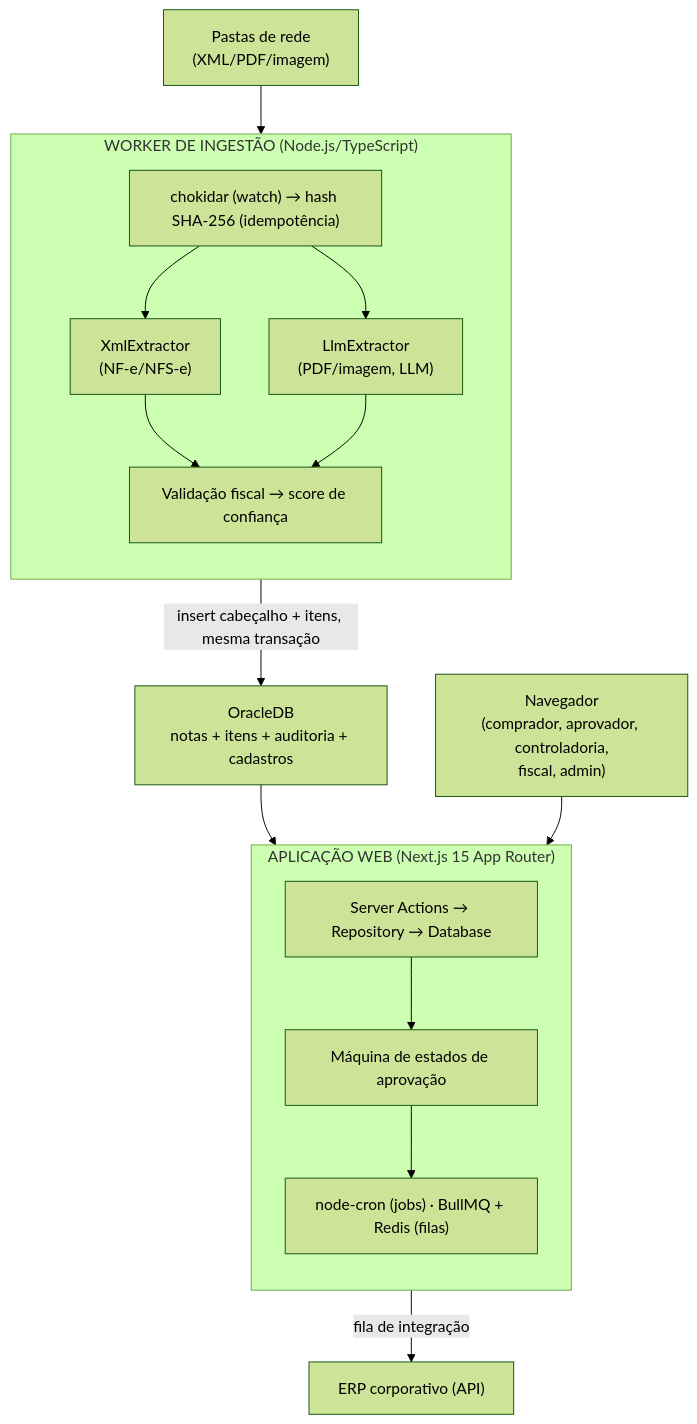
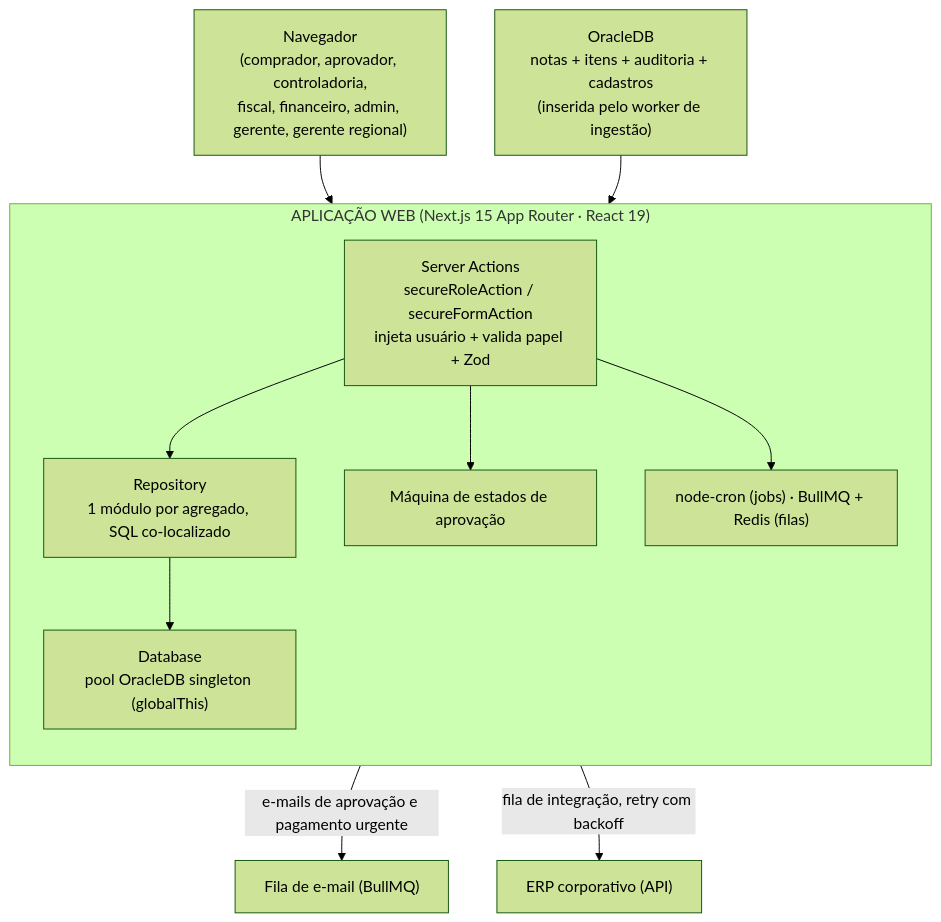
Before and after one commit to cristiangiehl1/my-website: the diagram in public/posts/gestao-de-despesas.md, drawn with Mermaid (forest theme). The commit also changed other lines of this file and 24 other files, not shown here.

First line of the commit message:
feat(web): split gestão de despesas post, deepen all project posts with real architecture detail

````diff
--- a/public/posts/gestao-de-despesas.md
+++ b/public/posts/gestao-de-despesas.md
@@ -27,24 +22,18 @@
 ```mermaid
 flowchart TD
-    N["Pastas de rede<br/>(XML/PDF/imagem)"] --> W1
-    subgraph W["WORKER DE INGESTÃO (Node.js/TypeScript)"]
+    U["Navegador<br/>(comprador, aprovador, controladoria,<br/>fiscal, financeiro, admin, gerente, gerente regional)"] --> A1
+    subgraph APP["APLICAÇÃO WEB (Next.js 15 App Router · React 19)"]
         direction TB
-        W1["chokidar (watch) → hash SHA-256 (idempotência)"]
-        X["XmlExtractor<br/>(NF-e/NFS-e)"]
-        L["LlmExtractor<br/>(PDF/imagem, LLM)"]
-        W2["Validação fiscal → score de confiança"]
-        W1 --> X --> W2
-        W1 --> L --> W2
+        A1["Server Actions<br/>secureRoleAction / secureFormAction<br/>injeta usuário + valida papel + Zod"]
+        A2["Repository<br/>1 módulo por agregado, SQL co-localizado"]
+        A3["Database<br/>pool OracleDB singleton (globalThis)"]
+        A4["Máquina de estados de aprovação"]
+        A5["node-cron (jobs) · BullMQ + Redis (filas)"]
+        A1 --> A2 --> A3
+        A1 --> A4
+        A1 --> A5
     end
-    W2 -->|insert cabeçalho + itens, mesma transação| DB["OracleDB<br/>notas + itens + auditoria + cadastros"]
-    DB --> A1
-    U["Navegador<br/>(comprador, aprovador, controladoria,<br/>fiscal, admin)"] --> A1
-    subgraph APP["APLICAÇÃO WEB (Next.js 15 App Router)"]
-        direction TB
-        A1["Server Actions → Repository → Database"]
-        A2["Máquina de estados de aprovação"]
-        A3["node-cron (jobs) · BullMQ + Redis (filas)"]
-        A1 --> A2 --> A3
-    end
-    APP -->|fila de integração| ERP["ERP corporativo (API)"]
+    DB["OracleDB<br/>notas + itens + auditoria + cadastros<br/>(inserida pelo worker de ingestão)"] --> A3
+    APP -->|fila de integração, retry com backoff| ERP["ERP corporativo (API)"]
+    A5 -->|e-mails de aprovação e pagamento urgente| MAIL["Fila de e-mail (BullMQ)"]
 ```
````
